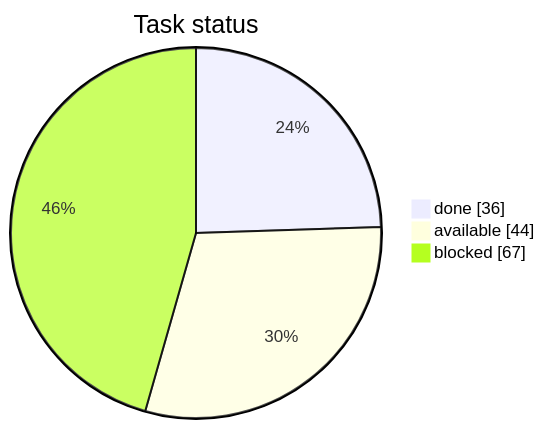
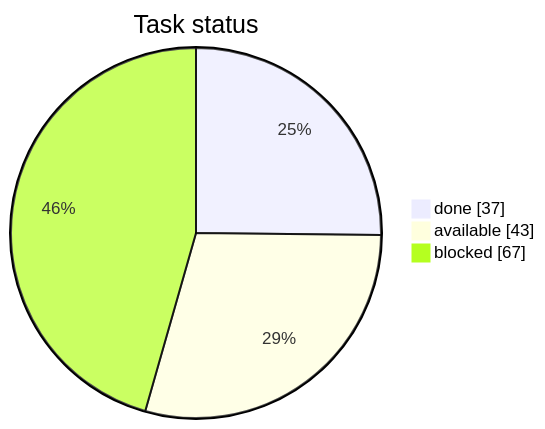
One commit to artemiiShabanov/RallyRivals changed the first of 3 diagrams in STATUS.md. Above: the diagram before and after it, drawn with Mermaid. The commit also changed other lines of this file and 10 other files, not shown here.

````diff
--- a/STATUS.md
+++ b/STATUS.md
@@ -7,7 +7,7 @@
 ```mermaid
 pie showData
     title Task status
-    "done" : 36
-    "available" : 44
+    "done" : 37
+    "available" : 43
     "blocked" : 67
 ```
````
